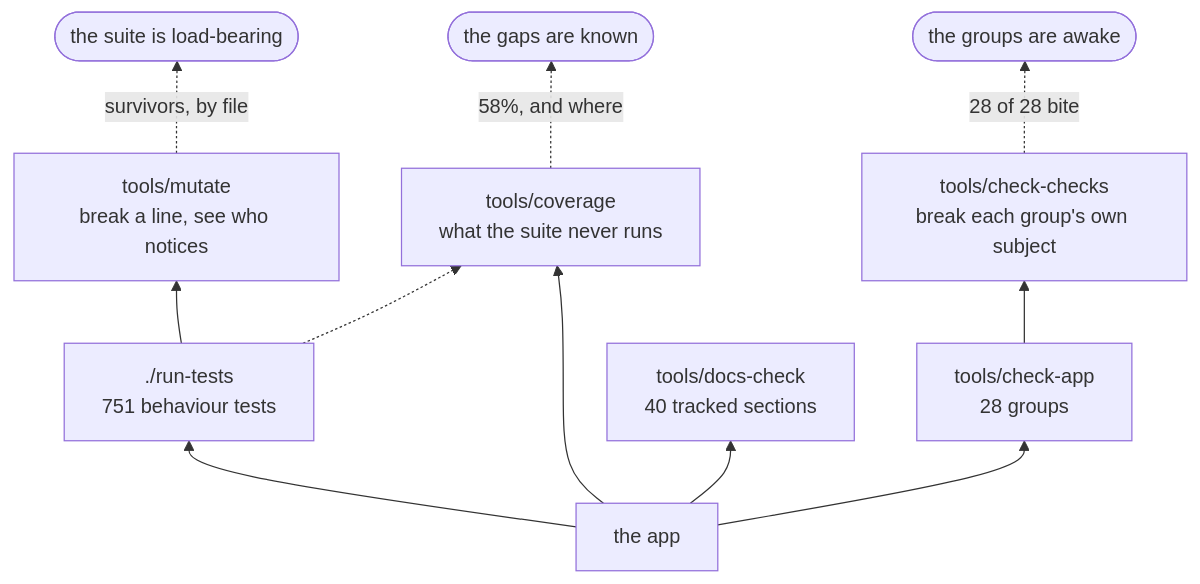
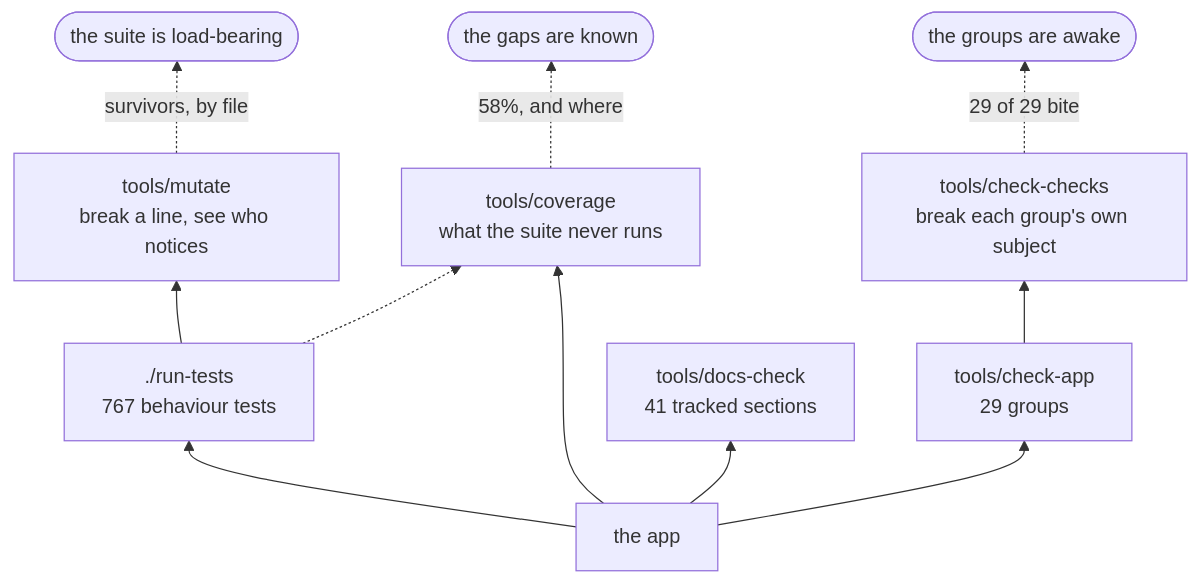
The second of 2 diagrams in docs/DEVELOPING.md (minormending/crystal-pilot-mobile), drawn with Mermaid before and after one commit. The commit also changed other lines of this file and 16 other files, not shown here.

````diff
--- a/docs/DEVELOPING.md
+++ b/docs/DEVELOPING.md
@@ -127,13 +127,13 @@
 ```mermaid
 flowchart BT
-    C["the app"] --> T["./run-tests<br/>751 behaviour tests"]
-    C --> A["tools/check-app<br/>28 groups"]
-    C --> D["tools/docs-check<br/>40 tracked sections"]
+    C["the app"] --> T["./run-tests<br/>767 behaviour tests"]
+    C --> A["tools/check-app<br/>29 groups"]
+    C --> D["tools/docs-check<br/>41 tracked sections"]
     C --> V["tools/coverage<br/>what the suite never runs"]
     T --> M["tools/mutate<br/>break a line, see who notices"]
     A --> K["tools/check-checks<br/>break each group's own subject"]
     T -.-> V
     M -.->|"survivors, by file"| R(["the suite is load-bearing"])
-    K -.->|"28 of 28 bite"| R2(["the groups are awake"])
+    K -.->|"29 of 29 bite"| R2(["the groups are awake"])
     V -.->|"58%, and where"| R3(["the gaps are known"])
 ```
````
